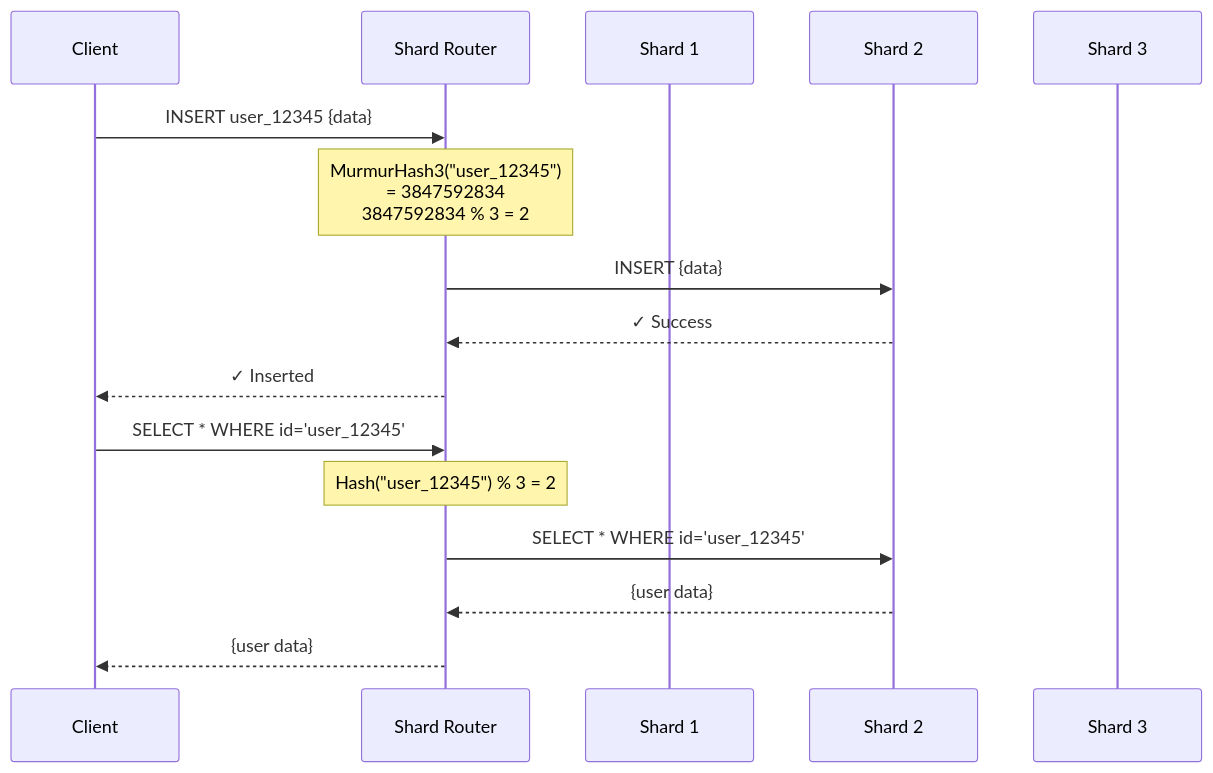
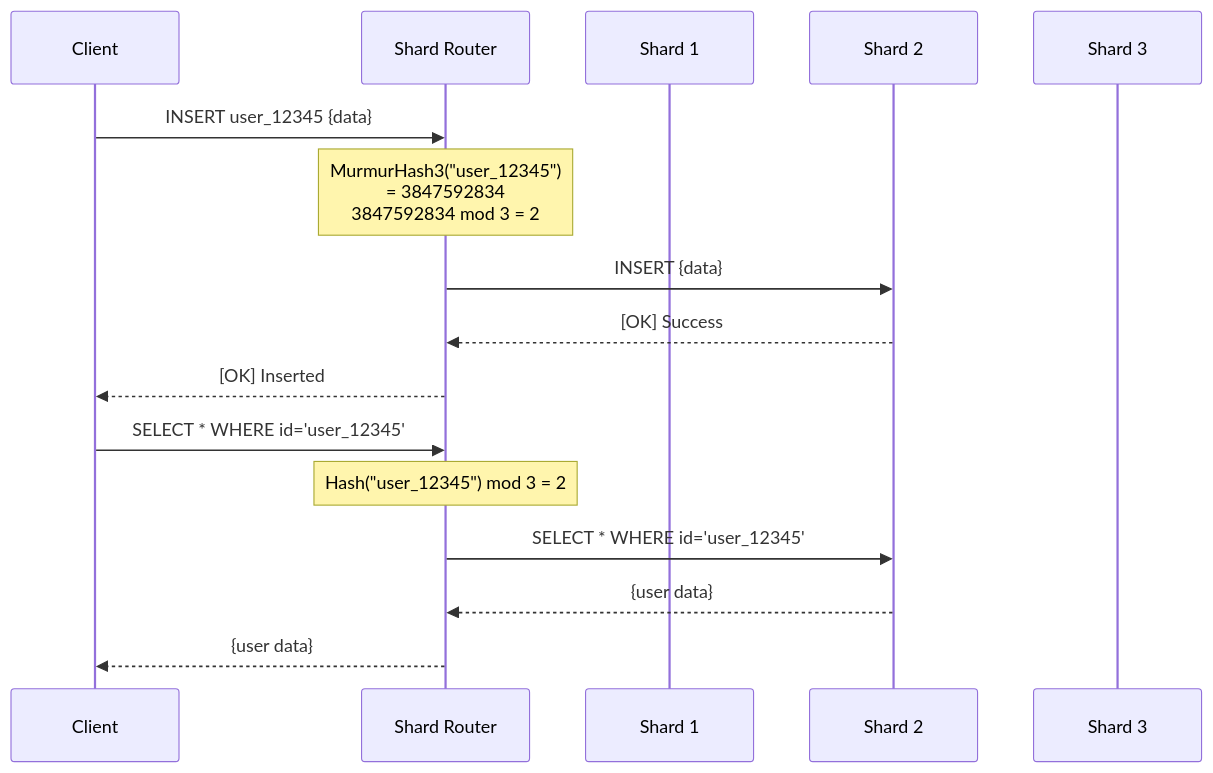
Before and after one commit to makr-code/ThemisDB: the second of 6 diagrams in compendium/chapter_16_sharding.md, drawn with Mermaid. The commit also changed other lines of this file and 19 other files, not shown here.

First line of the commit message:
Refactor Mermaid syntax and improve documentation consistency across chapters

````diff
--- a/compendium/chapter_16_sharding.md
+++ b/compendium/chapter_16_sharding.md
@@ -142,20 +142,20 @@
 ```mermaid
 sequenceDiagram
     participant Client
     participant Router as Shard Router
     participant S1 as Shard 1
     participant S2 as Shard 2
     participant S3 as Shard 3
     
     Client->>Router: INSERT user_12345 {data}
-    Note over Router: MurmurHash3("user_12345")<br/>= 3847592834<br/>3847592834 % 3 = 2
+    Note over Router: MurmurHash3("user_12345")<br/>= 3847592834<br/>3847592834 mod 3 = 2
     Router->>S2: INSERT {data}
-    S2-->>Router: ✓ Success
-    Router-->>Client: ✓ Inserted
+    S2-->>Router: [OK] Success
+    Router-->>Client: [OK] Inserted
     
     Client->>Router: SELECT * WHERE id='user_12345'
-    Note over Router: Hash("user_12345") % 3 = 2
+    Note over Router: Hash("user_12345") mod 3 = 2
     Router->>S2: SELECT * WHERE id='user_12345'
     S2-->>Router: {user data}
     Router-->>Client: {user data}
 ```
````
